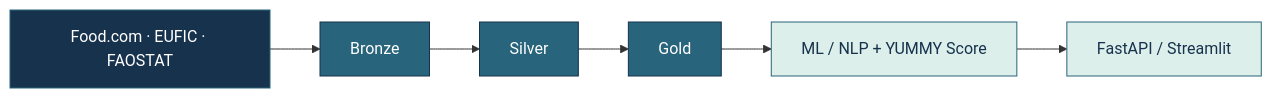
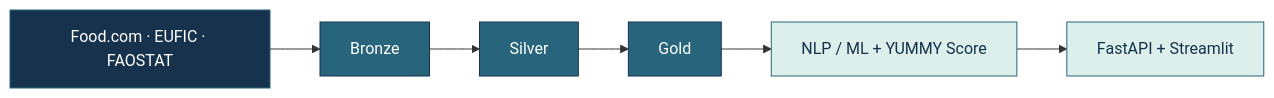
The diagram in README.md (benstL/benstL), drawn with Mermaid before and after one commit. The commit also changed other lines of this file, not shown here.

````diff
--- a/README.md
+++ b/README.md
@@ -56,14 +46,14 @@
 ```mermaid
 flowchart LR
     A["Food.com · EUFIC · FAOSTAT"] --> B["Bronze"]
     B --> C["Silver"]
     C --> D["Gold"]
-    D --> E["ML / NLP + YUMMY Score"]
-    E --> F["FastAPI / Streamlit"]
-    classDef source fill:#17324D,color:#ffffff,stroke:#28647B
-    classDef data fill:#28647B,color:#ffffff,stroke:#17324D
-    classDef app fill:#dcefeb,color:#17324D,stroke:#28647B
-    class A source
-    class B,C,D data
-    class E,F app
+    D --> E["NLP / ML + YUMMY Score"]
+    E --> F["FastAPI + Streamlit"]
+    classDef input fill:#17324D,color:#fff,stroke:#28647B
+    classDef pipeline fill:#28647B,color:#fff,stroke:#17324D
+    classDef result fill:#dcefeb,color:#17324D,stroke:#28647B
+    class A input
+    class B,C,D pipeline
+    class E,F result
 ```
````
